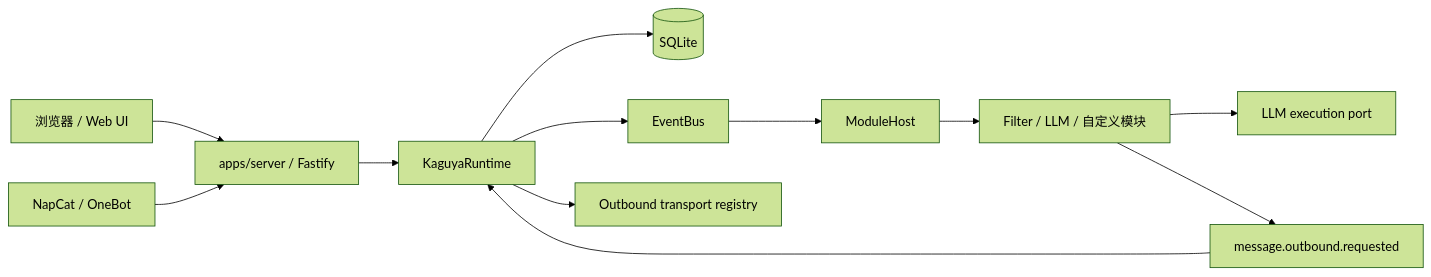
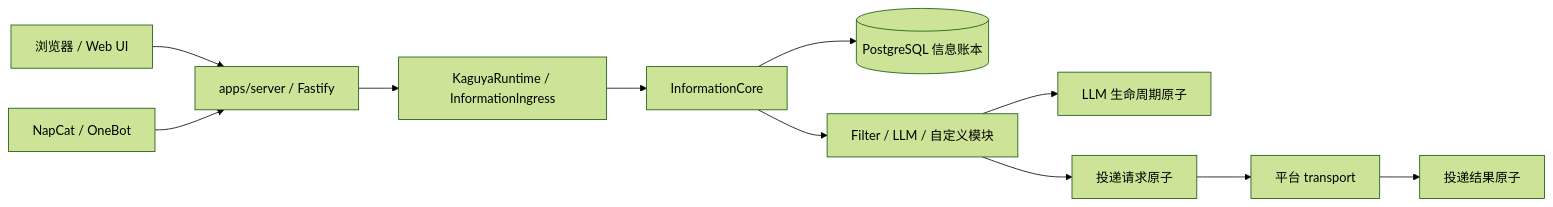
Before and after one commit to posanbu/Kaguya: the first of 2 diagrams in docs/developers/architecture.md, drawn with Mermaid (forest theme). The commit also changed other lines of this file and 110 other files, not shown here.

First line of the commit message:
refactor(core): migrate runtime to persisted information DAG (#60)

````diff
--- a/docs/developers/architecture.md
+++ b/docs/developers/architecture.md
@@ -12,14 +14,13 @@
 ```mermaid
 flowchart LR
   Browser[浏览器 / Web UI] --> Server[apps/server / Fastify]
   NapCat[NapCat / OneBot] --> Server
-  Server --> Runtime[KaguyaRuntime]
-  Runtime --> DB[(SQLite)]
-  Runtime --> Bus[EventBus]
-  Bus --> Host[ModuleHost]
-  Host --> Modules[Filter / LLM / 自定义模块]
-  Modules --> LLM[LLM execution port]
-  Modules --> Outbound[message.outbound.requested]
-  Outbound --> Runtime
-  Runtime --> Transport[Outbound transport registry]
+  Server --> Runtime[KaguyaRuntime / InformationIngress]
+  Runtime --> Core[InformationCore]
+  Core --> Ledger[(PostgreSQL 信息账本)]
+  Core --> Modules[Filter / LLM / 自定义模块]
+  Modules --> LLM[LLM 生命周期原子]
+  Modules --> Delivery[投递请求原子]
+  Delivery --> Transport[平台 transport]
+  Transport --> Receipt[投递结果原子]
 ```
````
